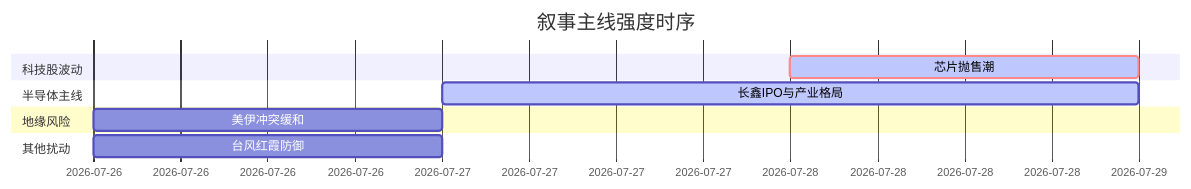
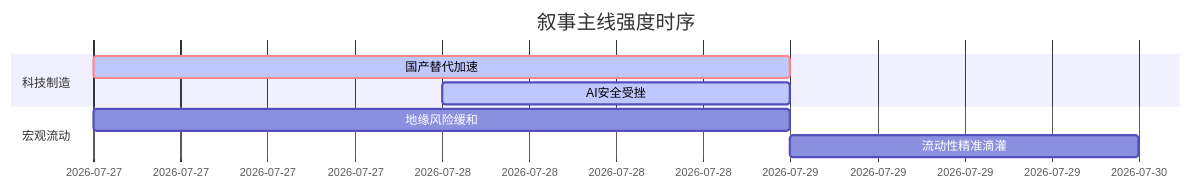
One commit to uu5zn/uu5zn.github.io changed the diagram in 5day_report.md. Above: the diagram before and after it, drawn with Mermaid. The commit also changed other lines of this file and 24 other files, not shown here.

````diff
--- a/5day_report.md
+++ b/5day_report.md
@@ -54,16 +54,12 @@
 ```mermaid
 gantt
     title 叙事主线强度时序
     dateFormat  YYYY-MM-DD
-    section 科技股波动
-    芯片抛售潮     :crit, active, 2026-07-28, 1d
+    section 科技制造
+    国产替代加速   :crit, active, 2026-07-27, 2d
+    AI安全受挫     :active, 2026-07-28, 1d
     
-    section 半导体主线
-    长鑫IPO与产业格局 :active, 2026-07-27, 2d
-    
-    section 地缘风险
-    美伊冲突缓和   :2026-07-26, 1d
-    
-    section 其他扰动
-    台风红霞防御   :2026-07-26, 1d
+    section 宏观流动
+    地缘风险缓和   :2026-07-27, 2d
+    流动性精准滴灌 :2026-07-29, 1d
 ```
````
